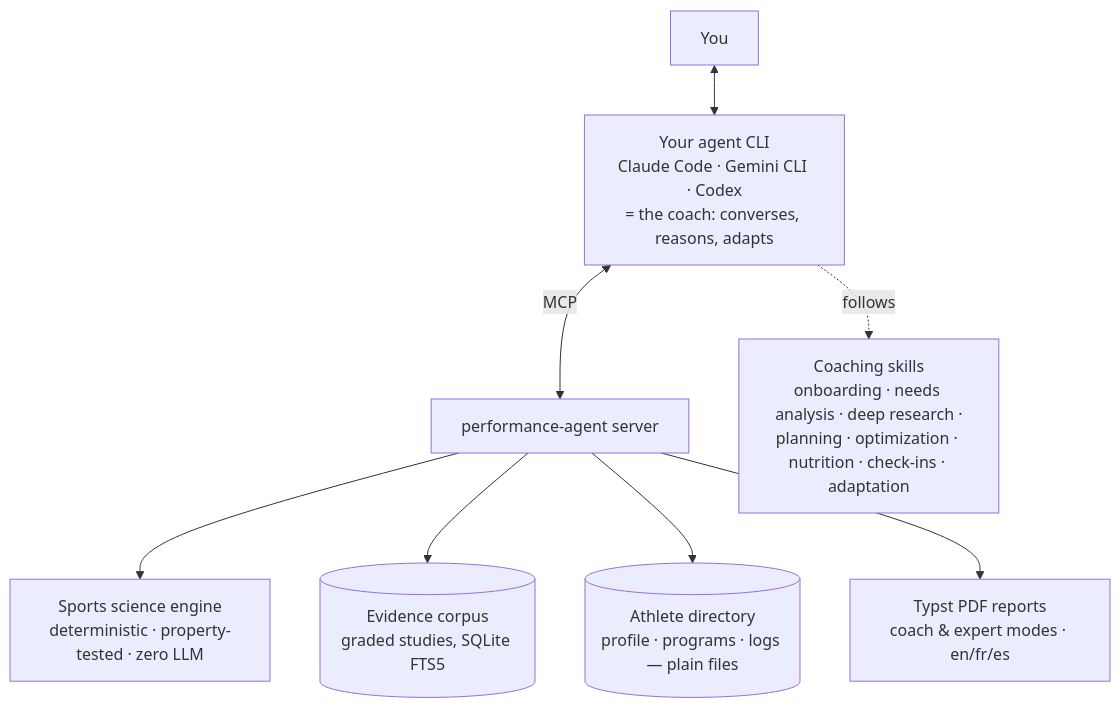
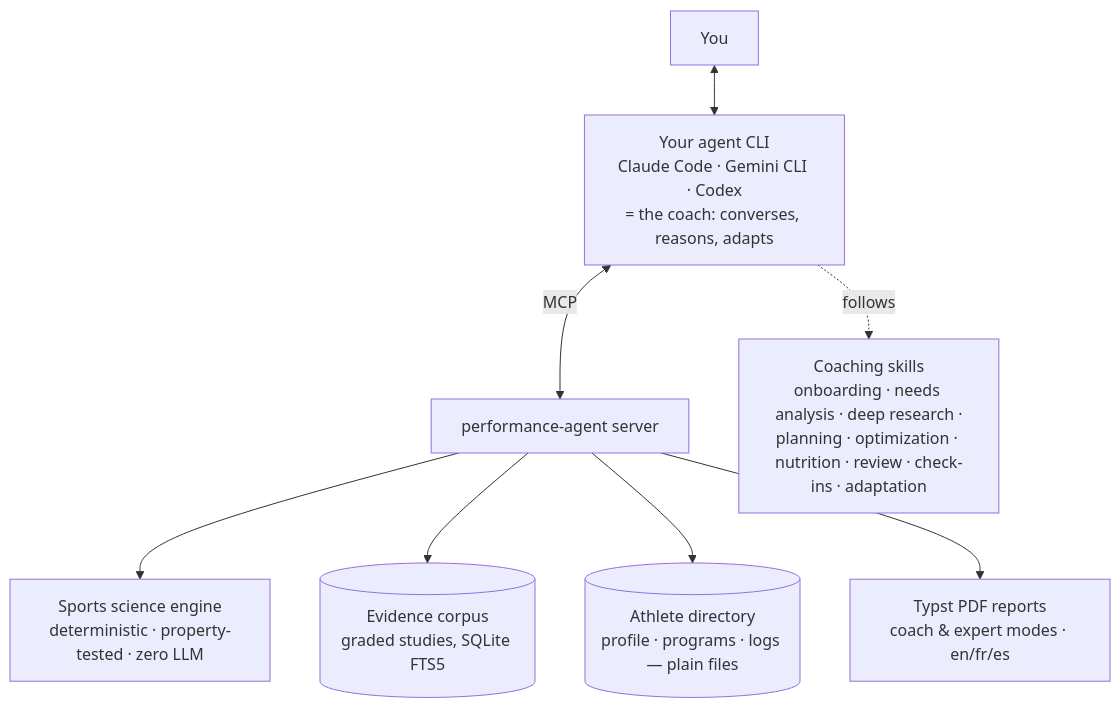
Before and after one commit to clementrx/Performance-agent: the diagram in README.md, drawn with Mermaid. The commit also changed other lines of this file and 1 other file, not shown here.

````diff
--- a/README.md
+++ b/README.md
@@ -191,11 +191,11 @@
 ```mermaid
 flowchart TB
     U[You] <--> H[Your agent CLI<br/>Claude Code · Gemini CLI · Codex<br/>= the coach: converses, reasons, adapts]
     H <-->|MCP| S[performance-agent server]
     H -.follows.-> SK[Coaching skills<br/>onboarding · needs analysis · deep research ·
-planning · optimization · nutrition · check-ins · adaptation]
+planning · optimization · nutrition · review · check-ins · adaptation]
     S --> E[Sports science engine<br/>deterministic · property-tested · zero LLM]
     S --> EV[(Evidence corpus<br/>graded studies, SQLite FTS5)]
     S --> M[(Athlete directory<br/>profile · programs · logs — plain files)]
     S --> R[Typst PDF reports<br/>coach & expert modes · en/fr/es]
 ```
````
